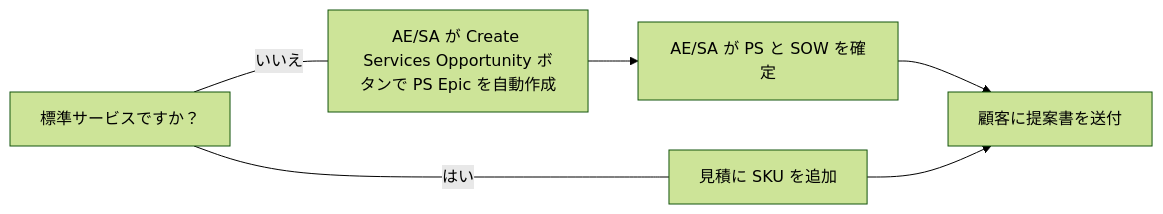
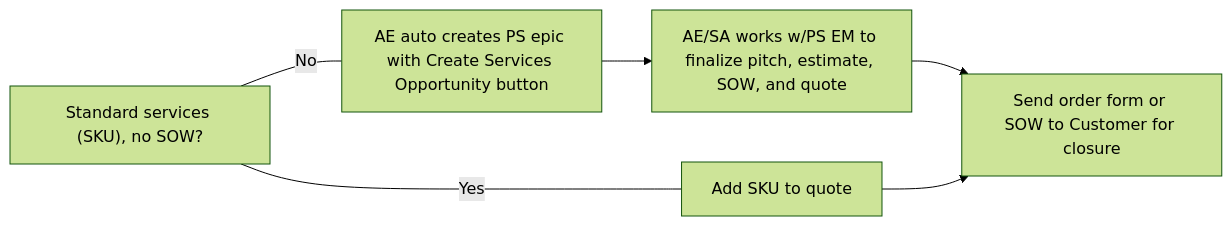
Before and after one commit to kyama0/gitlab-handbook-ja: the diagram in content/handbook/customer-experience/professional-services-engineering/selling.md, drawn with Mermaid (forest theme). The commit also changed other lines of this file and 13 other files, not shown here.

````diff
--- a/content/handbook/customer-experience/professional-services-engineering/selling.md
+++ b/content/handbook/customer-experience/professional-services-engineering/selling.md
@@ -30,9 +32,9 @@
 ```mermaid
 graph LR;
-  a["標準サービスですか？"]-- はい ---b["見積に SKU を追加"];
-  a-- いいえ ---c["AE/SA が Create Services Opportunity ボタンで PS Epic を自動作成"];
-  c-->d["AE/SA が PS と SOW を確定"];
-  z["顧客に提案書を送付"];
+  a["Standard services (SKU), no SOW?"]-- Yes ---b["Add SKU to quote"];
+  a-- No ---c["AE auto creates PS epic with Create Services Opportunity button"];
+  c-->d["AE/SA works w/PS EM to finalize pitch, estimate, SOW, and quote"];
+  z["Send order form or SOW to Customer for closure"];
   d-->z;
   b-->z;
 ```
````
